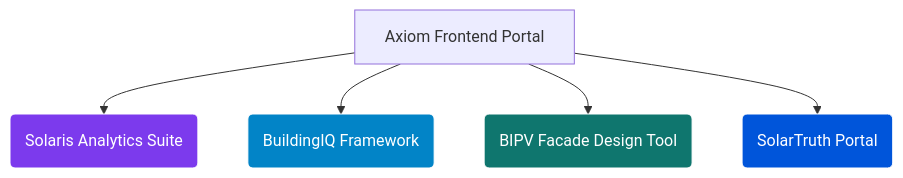
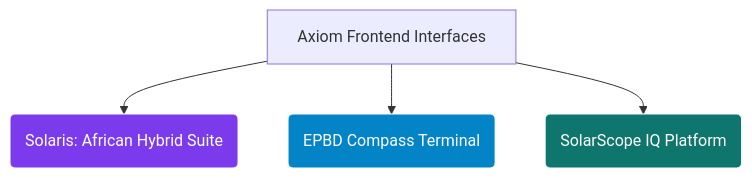
Before and after one commit to bethelhash/Solar-Energy-Storage-APIs: the diagram in README.md, drawn with Mermaid. The commit also changed other lines of this file, not shown here.

````diff
--- a/README.md
+++ b/README.md
@@ -52,13 +50,10 @@
 ```mermaid
 graph TD
-  A[Axiom Frontend Portal] --> B(Solaris Analytics Suite)
-  A --> C(BuildingIQ Framework)
-  A --> D(BIPV Facade Design Tool)
-  A --> E(SolarTruth Portal)
+  A[Axiom Frontend Interfaces] --> B(Solaris: African Hybrid Suite)
+  A --> C(EPBD Compass Terminal)
+  A --> D(SolarScope IQ Platform)
   
   style B fill:#7c3aed,stroke:#fff,stroke-width:1px,color:#fff
   style C fill:#0284c7,stroke:#fff,stroke-width:1px,color:#fff
   style D fill:#0f766e,stroke:#fff,stroke-width:1px,color:#fff
-  style E fill:#0055DA,stroke:#fff,stroke-width:1px,color:#fff
-
 ```
````
